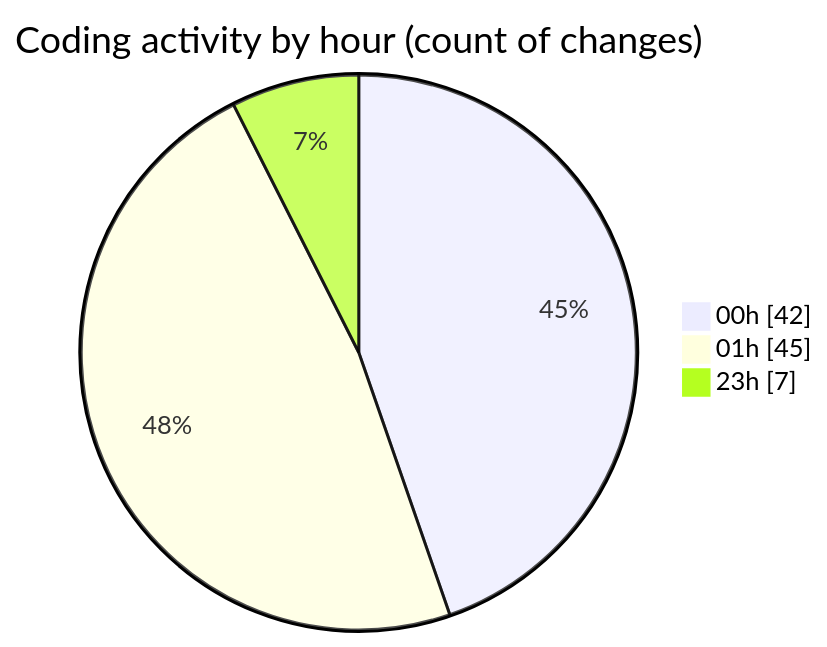
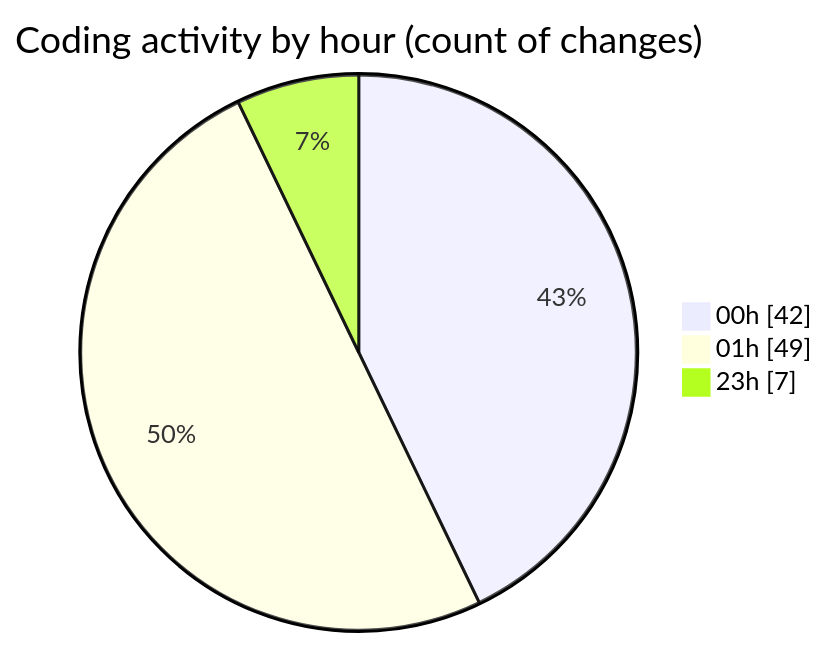
One commit to lephambinh05/code-tracking changed the second of 2 diagrams in 2025-08-12/rentotp/README.md. Above: the diagram before and after it, drawn with Mermaid. The commit also changed other lines of this file and 1 other file, not shown here.

````diff
--- a/2025-08-12/rentotp/README.md
+++ b/2025-08-12/rentotp/README.md
@@ -42,7 +44,7 @@
 ```mermaid
 pie showData
 title Coding activity by hour (count of changes)
 "00h" : 42
-"01h" : 45
+"01h" : 49
 "23h" : 7
 ```
````
